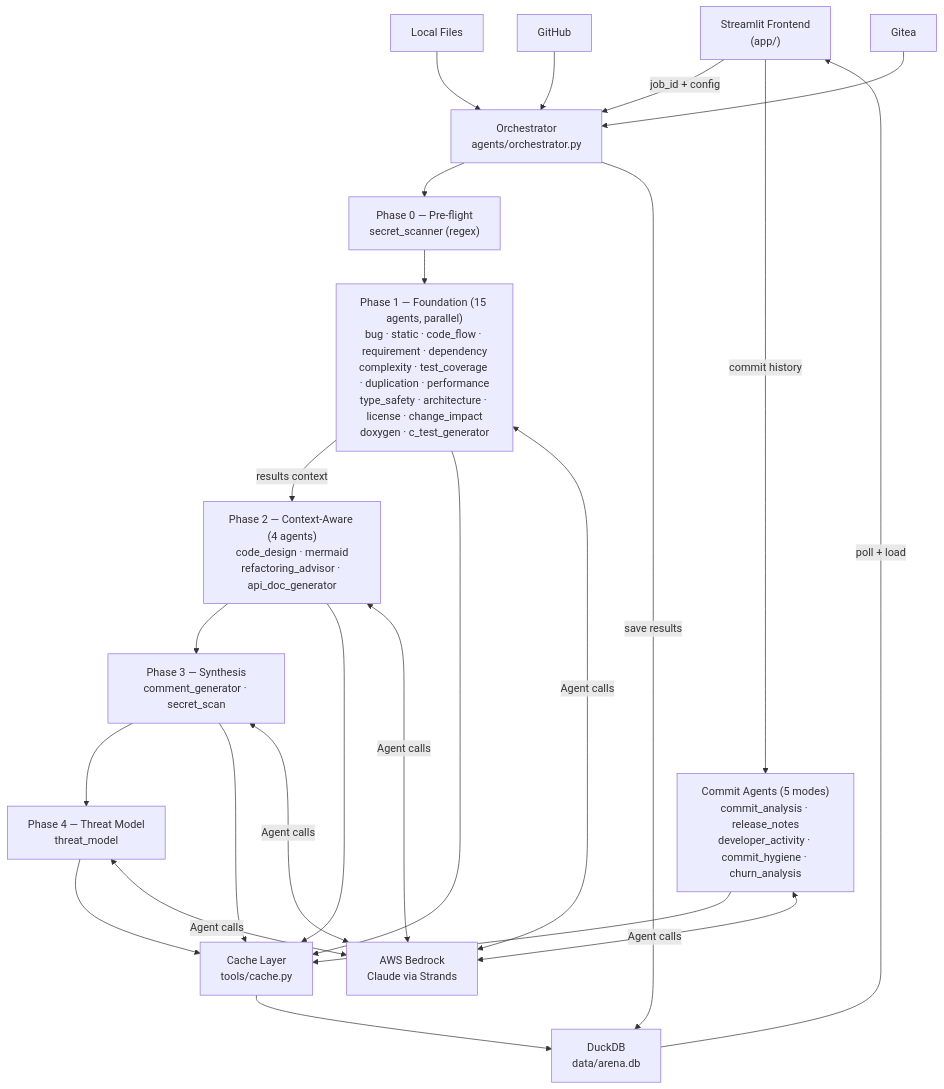
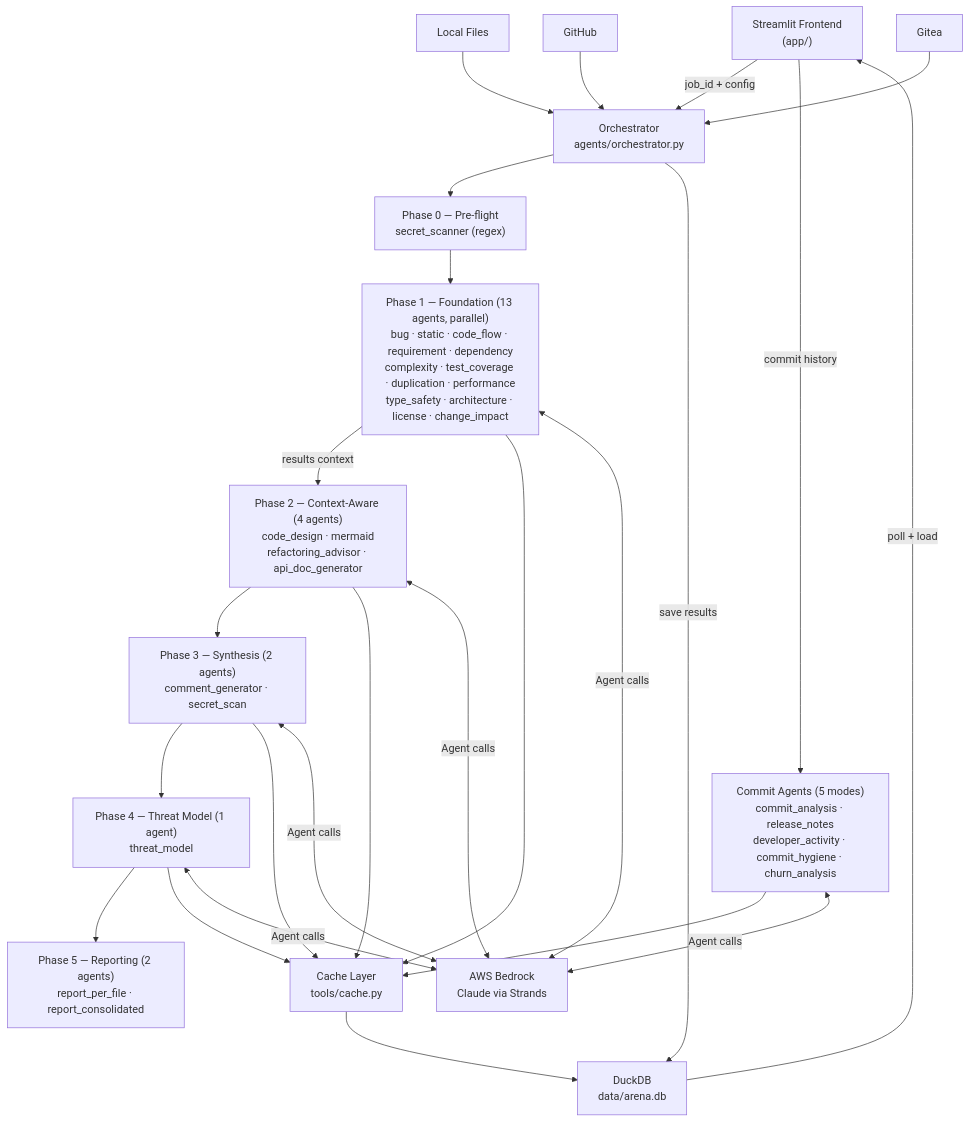
Before and after one commit to bravetux/Code_AI_Maniac: the first of 3 diagrams in README.md, drawn with Mermaid. The commit also changed other lines of this file and 2 other files, not shown here.

````diff
--- a/README.md
+++ b/README.md
@@ -110,33 +127,35 @@
 ```mermaid
 graph TD
     UI["Streamlit Frontend\n(app/)"]
     ORC["Orchestrator\nagents/orchestrator.py"]
     P0["Phase 0 — Pre-flight\nsecret_scanner (regex)"]
-    P1["Phase 1 — Foundation (15 agents, parallel)\nbug · static · code_flow · requirement · dependency\ncomplexity · test_coverage · duplication · performance\ntype_safety · architecture · license · change_impact\ndoxygen · c_test_generator"]
+    P1["Phase 1 — Foundation (13 agents, parallel)\nbug · static · code_flow · requirement · dependency\ncomplexity · test_coverage · duplication · performance\ntype_safety · architecture · license · change_impact"]
     P2["Phase 2 — Context-Aware (4 agents)\ncode_design · mermaid\nrefactoring_advisor · api_doc_generator"]
-    P3["Phase 3 — Synthesis\ncomment_generator · secret_scan"]
-    P4["Phase 4 — Threat Model\nthreat_model"]
+    P3["Phase 3 — Synthesis (2 agents)\ncomment_generator · secret_scan"]
+    P4["Phase 4 — Threat Model (1 agent)\nthreat_model"]
+    P5["Phase 5 — Reporting (2 agents)\nreport_per_file · report_consolidated"]
     COMMIT["Commit Agents (5 modes)\ncommit_analysis · release_notes\ndeveloper_activity · commit_hygiene · churn_analysis"]
     CACHE["Cache Layer\ntools/cache.py"]
     DB["DuckDB\ndata/arena.db"]
     BEDROCK["AWS Bedrock\nClaude via Strands"]
     SRC_LOCAL["Local Files"]
     SRC_GH["GitHub"]
     SRC_GT["Gitea"]
 
     UI -->|"job_id + config"| ORC
     SRC_LOCAL --> ORC
     SRC_GH --> ORC
     SRC_GT --> ORC
     ORC --> P0
     P0 --> P1
     P1 -->|"results context"| P2
     P2 --> P3
     P3 --> P4
+    P4 --> P5
     UI -->|"commit history"| COMMIT
     P1 & P2 & P3 & P4 & COMMIT --> CACHE
     CACHE --> DB
     P1 & P2 & P3 & P4 & COMMIT <-->|"Agent calls"| BEDROCK
     ORC -->|"save results"| DB
     DB -->|"poll + load"| UI
 ```
````
